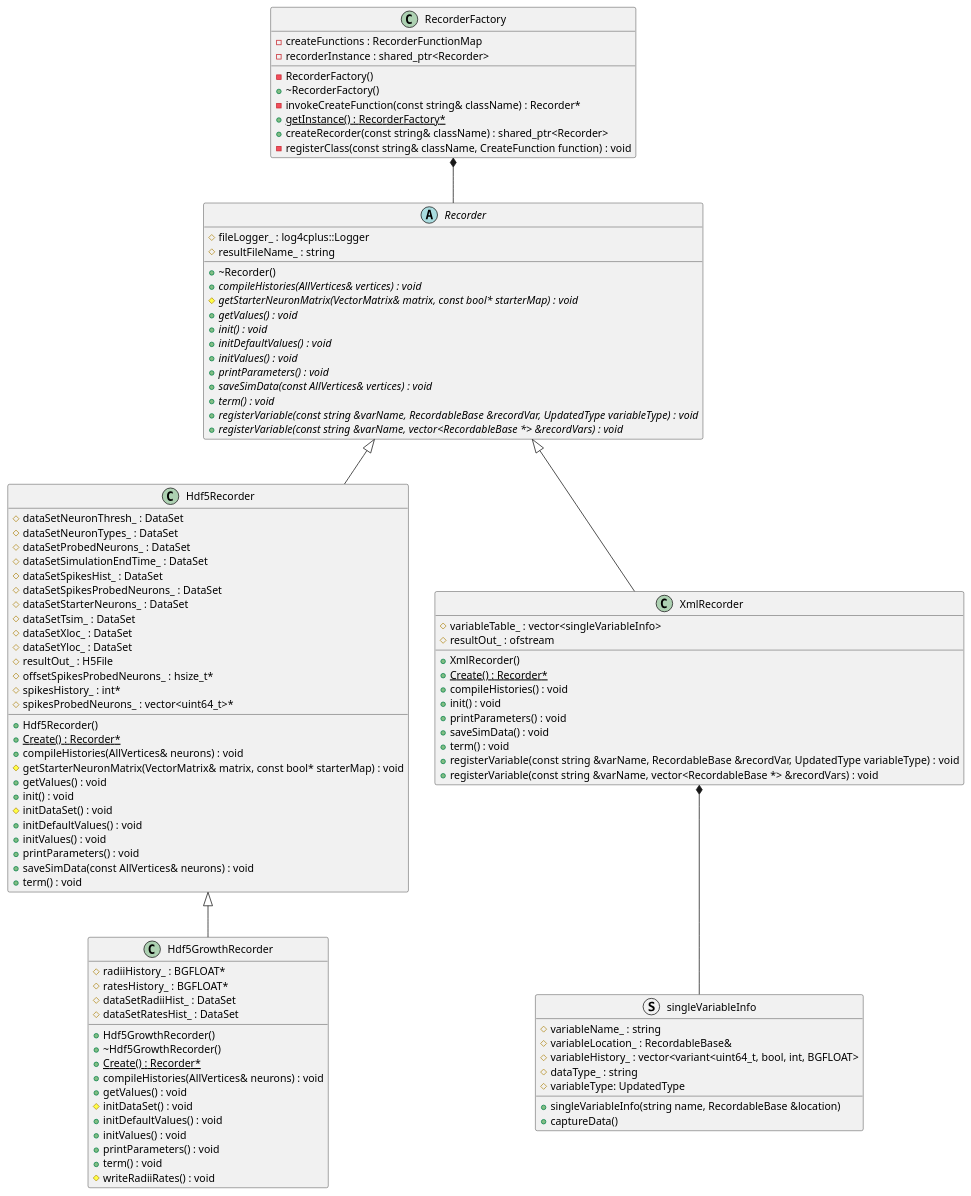
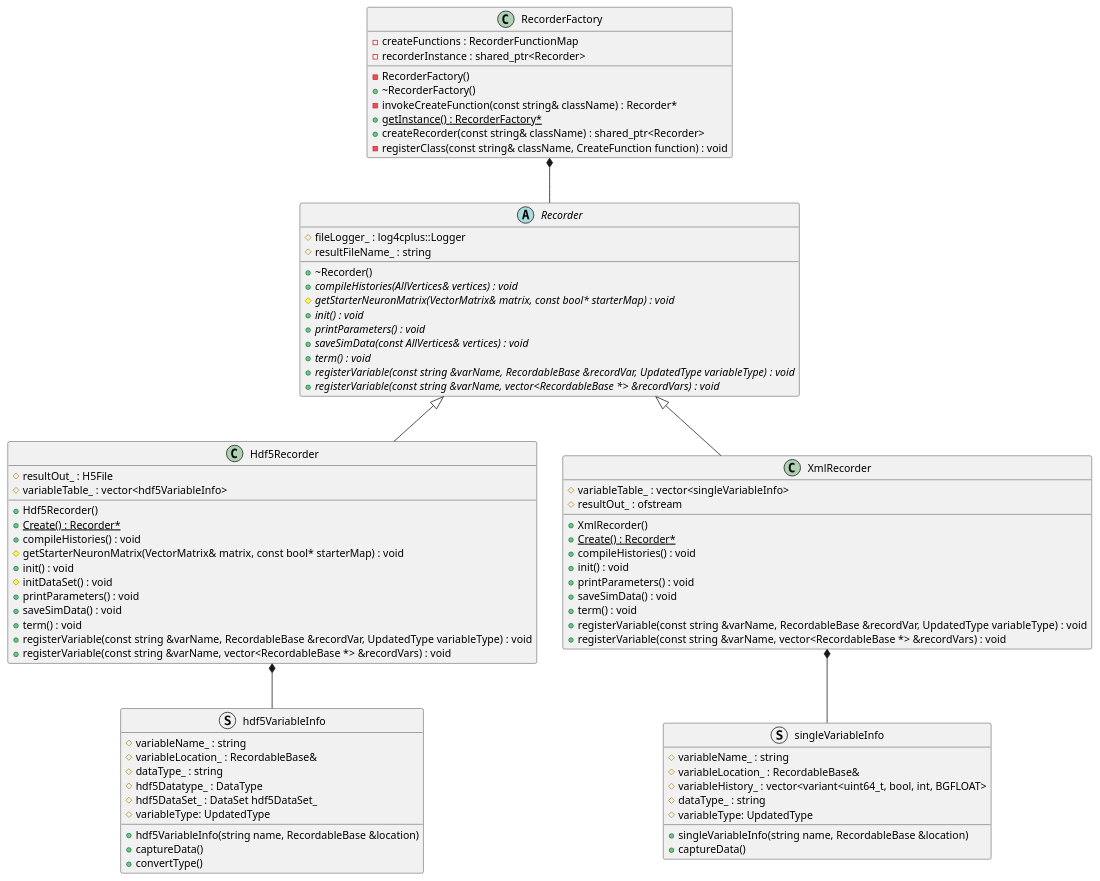
The diagram in docs/Developer/ClassDiagrams/recorder.puml (UWB-Biocomputing/Graphitti), drawn with PlantUML before and after one commit. The commit also changed 13 other files, not shown here.

Commit message:
Implement Hdf5Recorder::registerVariable() for vector of RecordableBase

```diff
--- a/docs/Developer/ClassDiagrams/recorder.puml
+++ b/docs/Developer/ClassDiagrams/recorder.puml
@@ -1,147 +1,122 @@
 @startuml RecorderClassDiagram
 
 
 
 
 
 /' Objects '/
 
-class Hdf5GrowthRecorder {
-	+Hdf5GrowthRecorder()
-	+~Hdf5GrowthRecorder()
-	#radiiHistory_ : BGFLOAT*
-	#ratesHistory_ : BGFLOAT*
-	#dataSetRadiiHist_ : DataSet
-	#dataSetRatesHist_ : DataSet
-	+{static} Create() : Recorder*
-	+compileHistories(AllVertices& neurons) : void
-	+getValues() : void
-	#initDataSet() : void
-	+initDefaultValues() : void
-	+initValues() : void
-	+printParameters() : void
-	+term() : void
-	#writeRadiiRates() : void
-}
-
 
 class Hdf5Recorder {
 	+Hdf5Recorder()
-	#dataSetNeuronThresh_ : DataSet
-	#dataSetNeuronTypes_ : DataSet
-	#dataSetProbedNeurons_ : DataSet
-	#dataSetSimulationEndTime_ : DataSet
-	#dataSetSpikesHist_ : DataSet
-	#dataSetSpikesProbedNeurons_ : DataSet
-	#dataSetStarterNeurons_ : DataSet
-	#dataSetTsim_ : DataSet
-	#dataSetXloc_ : DataSet
-	#dataSetYloc_ : DataSet
 	#resultOut_ : H5File
+	#variableTable_ : vector<hdf5VariableInfo>
 	+{static} Create() : Recorder*
-	#offsetSpikesProbedNeurons_ : hsize_t*
-	#spikesHistory_ : int*
-	#spikesProbedNeurons_ : vector<uint64_t>*
-	+compileHistories(AllVertices& neurons) : void
+	+compileHistories() : void
 	#getStarterNeuronMatrix(VectorMatrix& matrix, const bool* starterMap) : void
-	+getValues() : void
 	+init() : void
 	#initDataSet() : void
-	+initDefaultValues() : void
-	+initValues() : void
 	+printParameters() : void
-	+saveSimData(const AllVertices& neurons) : void
+	+saveSimData() : void
 	+term() : void
+	+registerVariable(const string &varName, RecordableBase &recordVar, UpdatedType variableType) : void
+	+registerVariable(const string &varName, vector<RecordableBase *> &recordVars) : void
+}
+
+struct hdf5VariableInfo {
+	#variableName_ : string
+	#variableLocation_ : RecordableBase&
+	#dataType_ : string
+	#hdf5Datatype_ : DataType
+	#hdf5DataSet_ : DataSet hdf5DataSet_
+	#variableType: UpdatedType
+	+hdf5VariableInfo(string name, RecordableBase &location)
+	+captureData()
+	+convertType()
 }
 
 
 abstract class Recorder {
 	+~Recorder()
 	#fileLogger_ : log4cplus::Logger
 	#resultFileName_ : string
 	+{abstract} compileHistories(AllVertices& vertices) : void
 	#{abstract} getStarterNeuronMatrix(VectorMatrix& matrix, const bool* starterMap) : void
-	+{abstract} getValues() : void
 	+{abstract} init() : void
-	+{abstract} initDefaultValues() : void
-	+{abstract} initValues() : void
 	+{abstract} printParameters() : void
 	+{abstract} saveSimData(const AllVertices& vertices) : void
 	+{abstract} term() : void
 	+{abstract} registerVariable(const string &varName, RecordableBase &recordVar, UpdatedType variableType) : void
 	+{abstract} registerVariable(const string &varName, vector<RecordableBase *> &recordVars) : void
 }
 
 
 class RecorderFactory {
 	-RecorderFactory()
 	+~RecorderFactory()
 	-invokeCreateFunction(const string& className) : Recorder*
 	+{static} getInstance() : RecorderFactory*
 	-createFunctions : RecorderFunctionMap
 	+createRecorder(const string& className) : shared_ptr<Recorder>
 	-recorderInstance : shared_ptr<Recorder>
 	-registerClass(const string& className, CreateFunction function) : void
 }
 
 
 class XmlRecorder {
 	+XmlRecorder()
 	+{static} Create() : Recorder*
 	#variableTable_ : vector<singleVariableInfo>
 	#resultOut_ : ofstream
 	+compileHistories() : void
 	+init() : void
 	+printParameters() : void
 	+saveSimData() : void
 	+term() : void
 	+registerVariable(const string &varName, RecordableBase &recordVar, UpdatedType variableType) : void
 	+registerVariable(const string &varName, vector<RecordableBase *> &recordVars) : void
 	
 	/' methods only used for unit test 
 	+XmlRecorder(string fileName_)
 	+getVariableName(int numIndex) const : const string&
 	+getSingleVariable(int numIndex) const : &RecordableBase
 	+getHistory() const : const &vector<variant<uint64_t, bool, int, BGFLOAT>>
 	'/
 }
 
 struct singleVariableInfo {
 	#variableName_ : string
 	#variableLocation_ : RecordableBase&
 	#variableHistory_ : vector<variant<uint64_t, bool, int, BGFLOAT>
 	#dataType_ : string
 	#variableType: UpdatedType
 	+singleVariableInfo(string name, RecordableBase &location)
 	+captureData()
 }
 
 
 
 /' Inheritance relationships '/
 
-.Hdf5Recorder <|-- .Hdf5GrowthRecorder
-
-
 .Recorder <|-- .Hdf5Recorder
 
 
 .Recorder <|-- .XmlRecorder
 
 
 /' Aggregation relationships '/
 
 .RecorderFactory *-- .Recorder
 
 /' Composition relationships '/
 
 .XmlRecorder *-- .singleVariableInfo
 
-
+.Hdf5Recorder *-- .hdf5VariableInfo
 
 
 /' Nested objects '/
 
 
 
 @enduml
```
